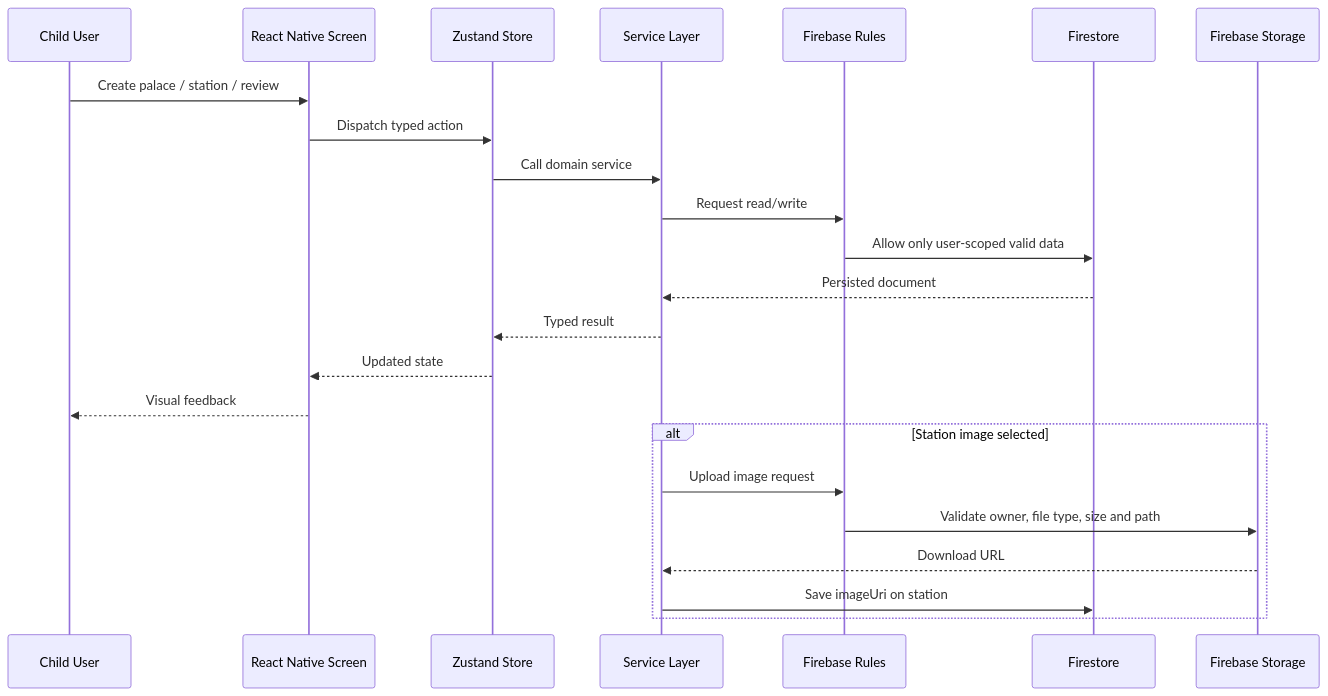
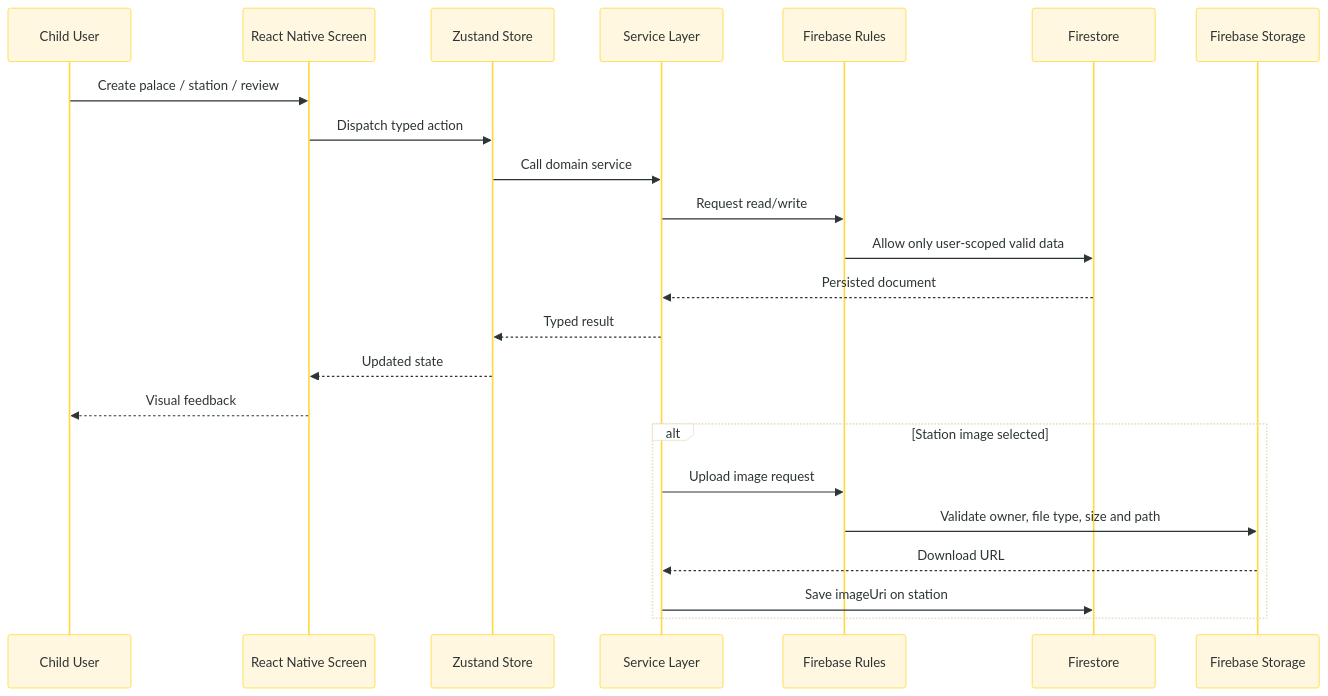
One commit to angelperezcastro/LociLandApp changed the fourth of 9 diagrams in README.md. Above: the diagram before and after it, drawn with Mermaid. The commit also changed other lines of this file, not shown here.

Commit message:
Updated diagrams (README)

````diff
--- a/README.md
+++ b/README.md
@@ -577,27 +600,28 @@
 ```mermaid
+%%{init: {"theme":"base","themeVariables":{"background":"#FFFFFF","mainBkg":"#FFFFFF","primaryColor":"#FFF7DF","primaryTextColor":"#2D3436","primaryBorderColor":"#FFD93D","lineColor":"#4D96FF","secondaryColor":"#DDEBFF","tertiaryColor":"#DDF8E1","fontFamily":"Nunito, Arial, sans-serif","clusterBkg":"#FFFFFF","clusterBorder":"#E9DFC7","edgeLabelBackground":"#FFFFFF","actorBkg":"#FFF7DF","actorBorder":"#FFD93D","actorTextColor":"#2D3436","activationBkg":"#DDEBFF","activationBorderColor":"#4D96FF","sequenceNumberColor":"#2D3436","noteBkgColor":"#FFF7DF","noteTextColor":"#2D3436","stateBkg":"#FFF7DF","stateBorder":"#FFD93D","stateLabelColor":"#2D3436","labelBoxBkgColor":"#FFFFFF","labelBoxBorderColor":"#E9DFC7","entityBkg":"#FFF7DF","entityBorder":"#FFD93D","relationLabelBackground":"#FFFFFF"}}}%%
 sequenceDiagram
     participant User as Child User
     participant Screen as React Native Screen
     participant Store as Zustand Store
     participant Service as Service Layer
     participant Rules as Firebase Rules
     participant DB as Firestore
     participant Storage as Firebase Storage
 
     User->>Screen: Create palace / station / review
     Screen->>Store: Dispatch typed action
     Store->>Service: Call domain service
     Service->>Rules: Request read/write
     Rules->>DB: Allow only user-scoped valid data
     DB-->>Service: Persisted document
     Service-->>Store: Typed result
     Store-->>Screen: Updated state
     Screen-->>User: Visual feedback
 
     alt Station image selected
         Service->>Rules: Upload image request
         Rules->>Storage: Validate owner, file type, size and path
         Storage-->>Service: Download URL
         Service->>DB: Save imageUri on station
     end
 ```
````
